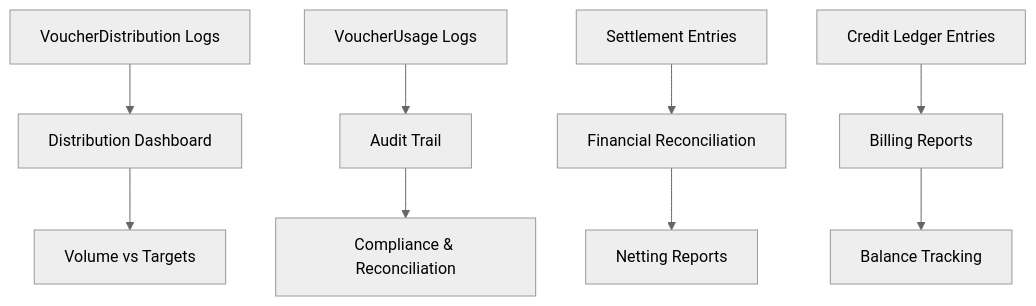
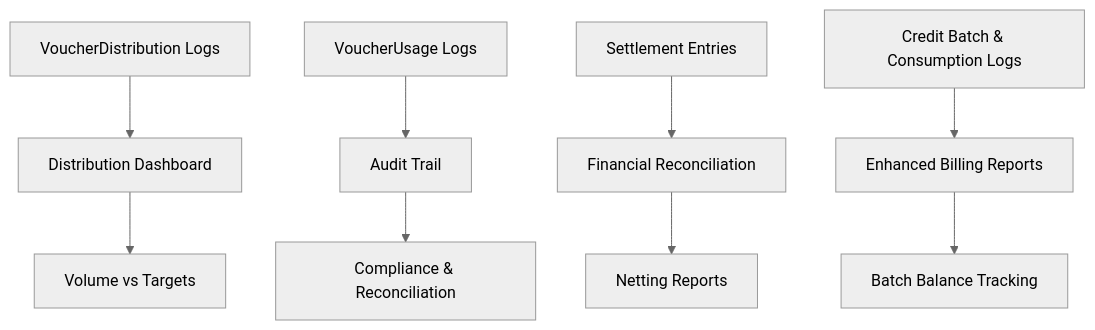
One commit to lamhongbac/NonCash changed the eighth of 18 diagrams in .qoder/repowiki/en/content/Business Logic and Workflows/Business Logic and Workflows.md. Above: the diagram before and after it, drawn with Mermaid (neutral theme). The commit also changed other lines of this file and 29 other files, not shown here.

````diff
--- a/.qoder/repowiki/en/content/Business Logic and Workflows/Business Logic and Workflows.md
+++ b/.qoder/repowiki/en/content/Business Logic and Workflows/Business Logic and Workflows.md
@@ -366,11 +382,11 @@
 ```mermaid
 flowchart TD
 DistLogs["VoucherDistribution Logs"] --> Dash["Distribution Dashboard"]
 UsageLogs["VoucherUsage Logs"] --> Audit["Audit Trail"]
 SettlementLogs["Settlement Entries"] --> Financial["Financial Reconciliation"]
-CreditLogs["Credit Ledger Entries"] --> Billing["Billing Reports"]
+CreditLogs["Credit Batch & Consumption Logs"] --> Billing["Enhanced Billing Reports"]
 Dash --> Metrics["Volume vs Targets"]
 Audit --> Compliance["Compliance & Reconciliation"]
 Financial --> Netting["Netting Reports"]
-Billing --> Balance["Balance Tracking"]
+Billing --> Balance["Batch Balance Tracking"]
 ```
````
